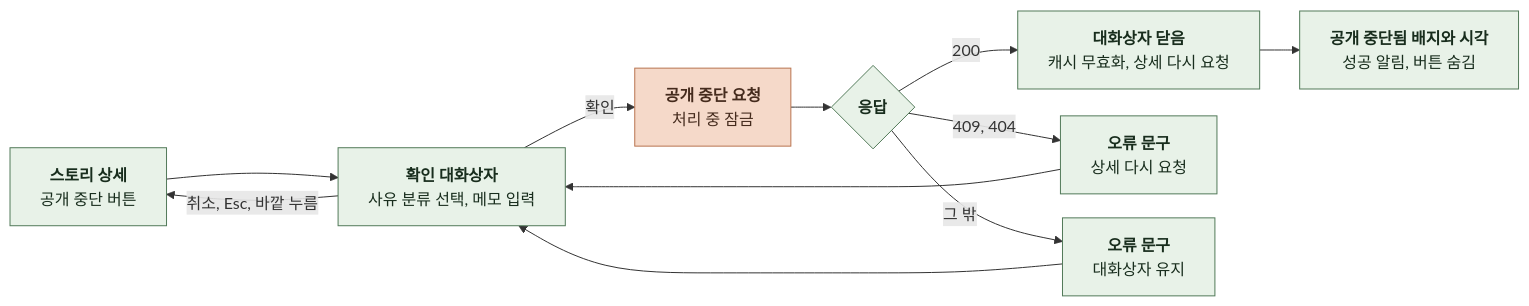
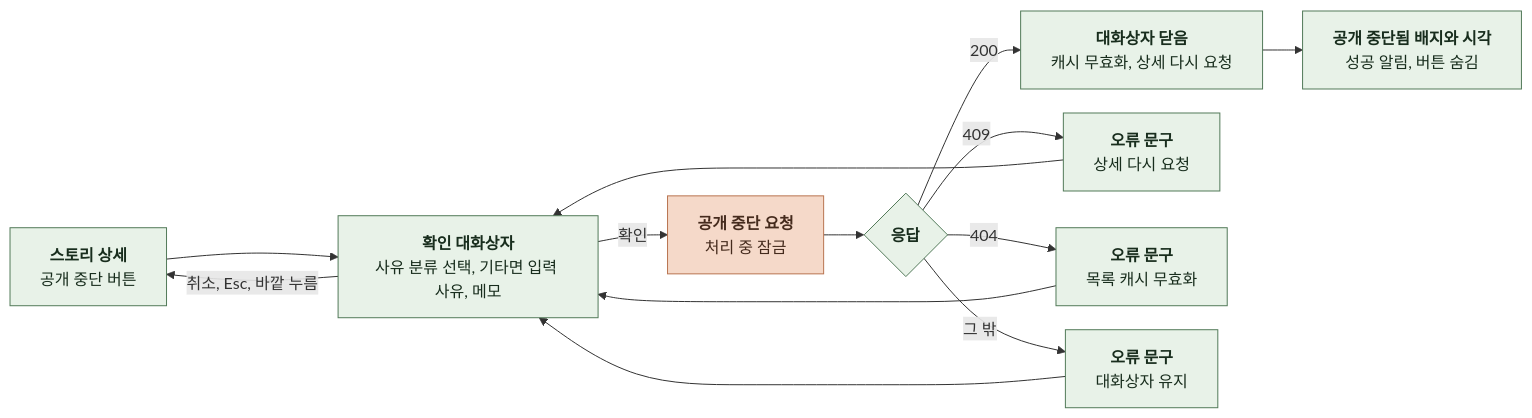
Before and after one commit to KIM-N-KANG/knk-harness: the fourth of 4 diagrams in docs/domain/ADMIN/WEB/3-4-INTERACTION-FLOWS.md, drawn with Mermaid. The commit also changed other lines of this file and 7 other files, not shown here.

````diff
--- a/docs/domain/ADMIN/WEB/3-4-INTERACTION-FLOWS.md
+++ b/docs/domain/ADMIN/WEB/3-4-INTERACTION-FLOWS.md
@@ -117,25 +117,28 @@
 ```mermaid
 %%{init: {"flowchart": {"curve": "basis", "nodeSpacing": 24, "rankSpacing": 40}}}%%
 flowchart LR
     A["`**스토리 상세**
 공개 중단 버튼`"] --> B["`**확인 대화상자**
-사유 분류 선택, 메모 입력`"]
+사유 분류 선택, 기타면 입력 사유, 메모`"]
     B -->|취소, Esc, 바깥 누름| A
     B -->|확인| C["`**공개 중단 요청**
 처리 중 잠금`"]
     C --> D{"`**응답**`"}
     D -->|200| E["`**대화상자 닫음**
 캐시 무효화, 상세 다시 요청`"]
     E --> F["`**공개 중단됨 배지와 시각**
 성공 알림, 버튼 숨김`"]
-    D -->|409, 404| G["`**오류 문구**
+    D -->|409| G["`**오류 문구**
 상세 다시 요청`"]
+    D -->|404| K["`**오류 문구**
+목록 캐시 무효화`"]
     D -->|그 밖| H["`**오류 문구**
 대화상자 유지`"]
     G --> B
+    K --> B
     H --> B
     classDef comp fill:#E8F2E8,stroke:#527A59,color:#182D1D
     classDef task fill:#F5D9C9,stroke:#B97450,color:#452B1D
-    class A,B,D,E,F,G,H comp
+    class A,B,D,E,F,G,H,K comp
     class C task
 ```
````
